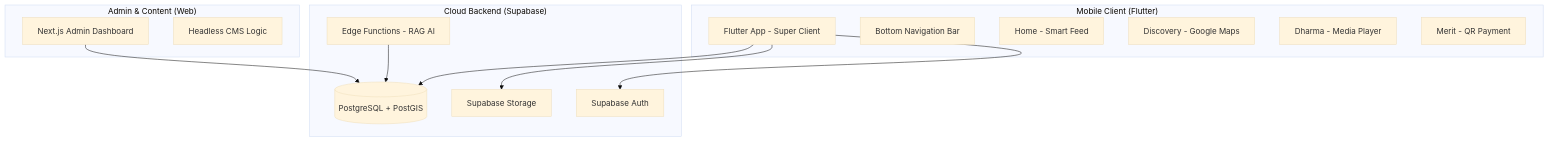
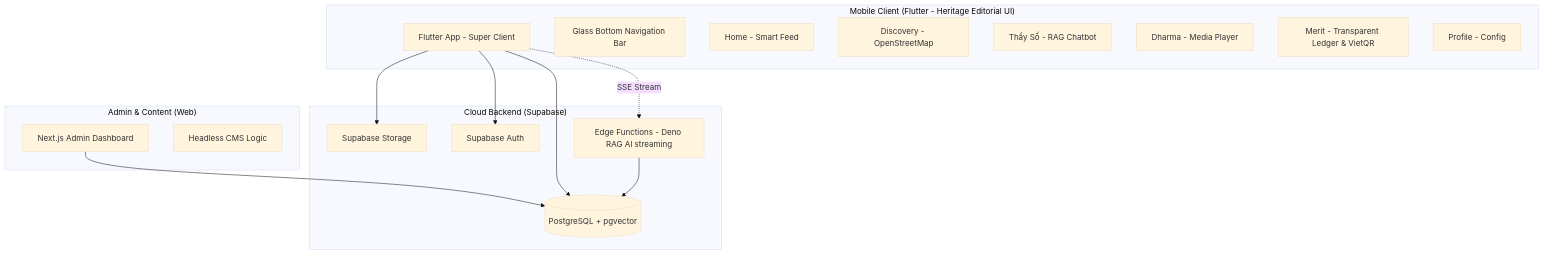
Before and after one commit to Rochthii/temple-mobile: the diagram in docs/14_MOBILE_APP_ARCHITECTURE_DETAIL.md, drawn with Mermaid (base theme). The commit also changed other lines of this file and 1 other file, not shown here.

Commit message:
docs: Update architecture diagram and create CHANGELOG for RAG and Heritage Editorial updates

````diff
--- a/docs/14_MOBILE_APP_ARCHITECTURE_DETAIL.md
+++ b/docs/14_MOBILE_APP_ARCHITECTURE_DETAIL.md
@@ -9,29 +9,32 @@
 ```mermaid
 graph TD
     subgraph "Cloud Backend (Supabase)"
-        DB[(PostgreSQL + PostGIS)]
+        DB[(PostgreSQL + pgvector)]
         Storage[Supabase Storage]
         Auth[Supabase Auth]
-        Edge[Edge Functions - RAG AI]
+        Edge[Edge Functions - Deno RAG AI streaming]
     end
 
     subgraph "Admin & Content (Web)"
         NextAdmin[Next.js Admin Dashboard]
         CMS[Headless CMS Logic]
     end
 
-    subgraph "Mobile Client (Flutter)"
+    subgraph "Mobile Client (Flutter - Heritage Editorial UI)"
         App[Flutter App - Super Client]
-        Nav[Bottom Navigation Bar]
+        Nav[Glass Bottom Navigation Bar]
         HomeTab[Home - Smart Feed]
-        MapTab[Discovery - Google Maps]
+        MapTab[Discovery - OpenStreetMap]
+        AITab[Thầy Số - RAG Chatbot]
         DharmaTab[Dharma - Media Player]
-        MeritTab[Merit - QR Payment]
+        MeritTab[Merit - Transparent Ledger & VietQR]
+        ProfileTab[Profile - Config]
     end
 
     NextAdmin --> DB
     App --> DB
     App --> Storage
     App --> Auth
     Edge --> DB
+    App -.->|SSE Stream| Edge
 ```
````
